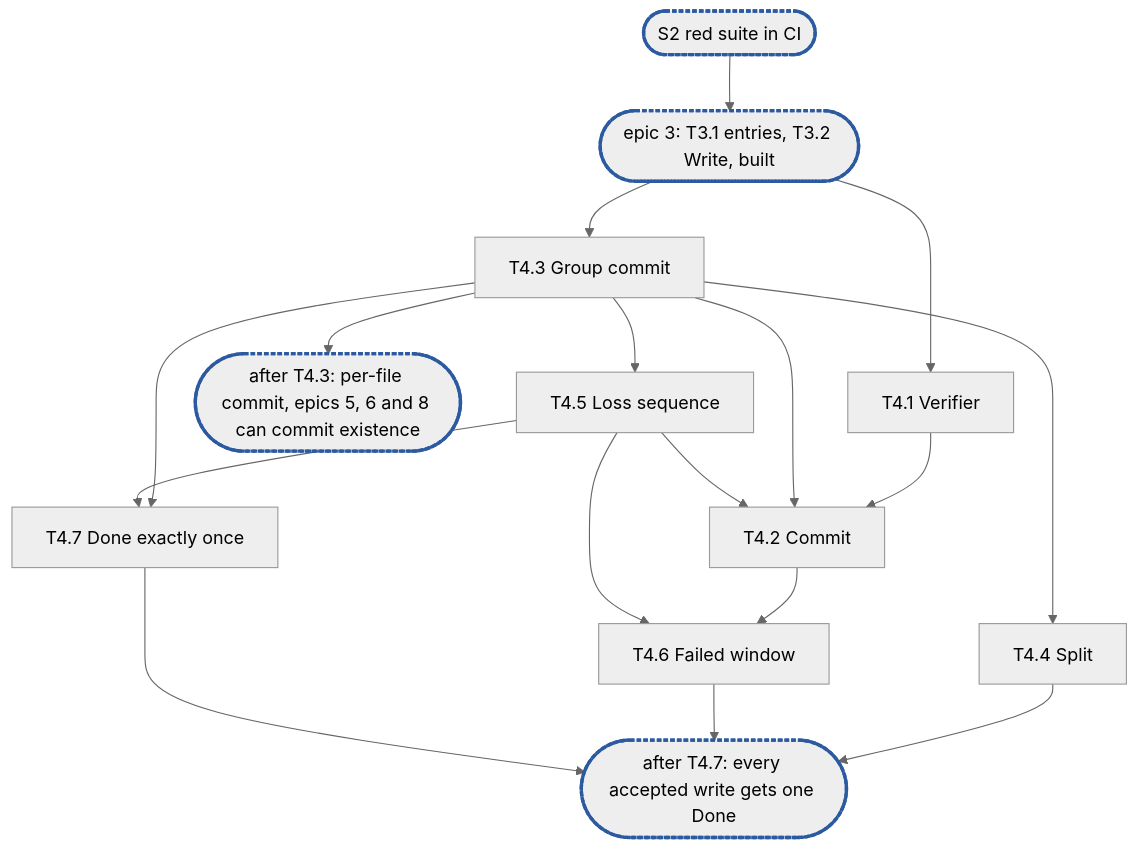
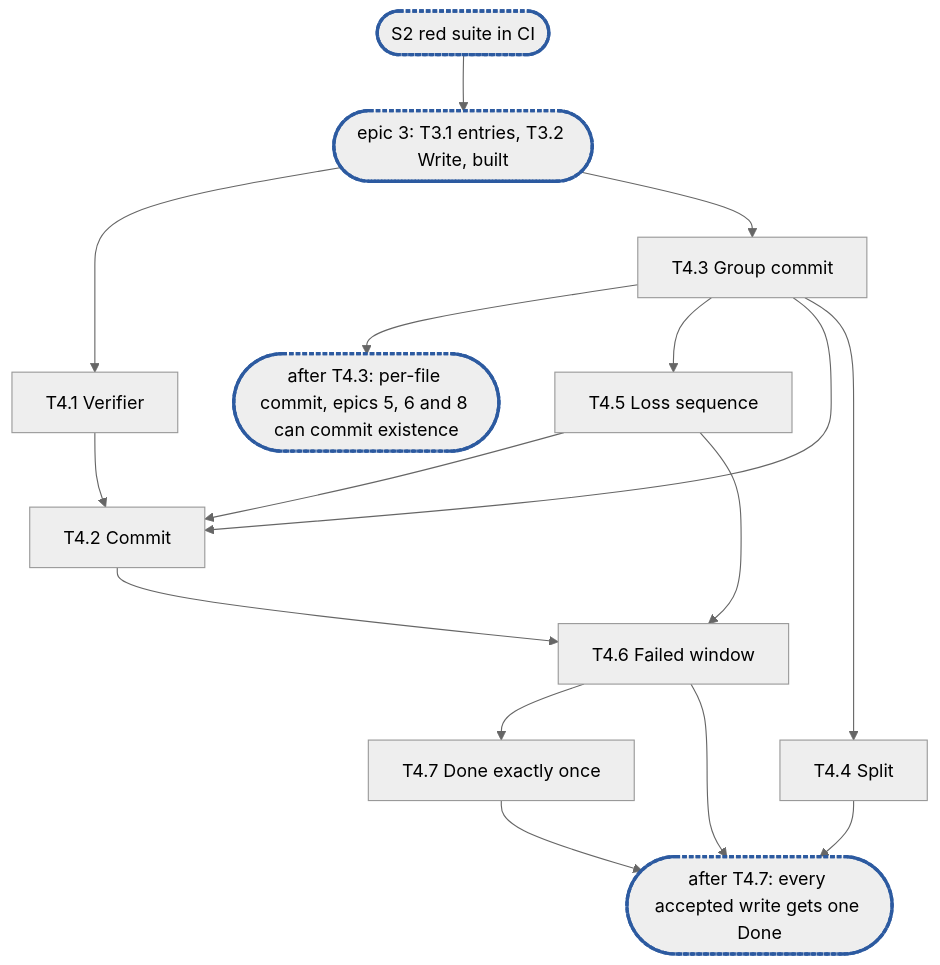
One commit to marmos91/dittofs changed the diagram in docs/internals/planning/rfc-8-engine-epic4.md. Above: the diagram before and after it, drawn with Mermaid (neutral theme). The commit also changed other lines of this file, not shown here.

````diff
--- a/docs/internals/planning/rfc-8-engine-epic4.md
+++ b/docs/internals/planning/rfc-8-engine-epic4.md
@@ -611,14 +642,14 @@
 ```mermaid
 flowchart TD
   S2(["S2 red suite in CI"]):::sync --> E3(["epic 3: T3.1 entries, T3.2 Write, built"]):::sync
   E3 --> T4_1["T4.1 Verifier"]
   E3 --> T4_3["T4.3 Group commit"]
   T4_3 --> C1(["after T4.3: per-file commit, epics 5, 6 and 8 can commit existence"]):::sync
   T4_3 --> T4_5["T4.5 Loss sequence"]
   T4_1 & T4_3 & T4_5 --> T4_2["T4.2 Commit"]
   T4_3 --> T4_4["T4.4 Split"]
   T4_2 & T4_5 --> T4_6["T4.6 Failed window"]
-  T4_3 & T4_5 --> T4_7["T4.7 Done exactly once"]
+  T4_6 --> T4_7["T4.7 Done exactly once"]
   T4_4 & T4_6 & T4_7 --> C2(["after T4.7: every accepted write gets one Done"]):::sync
   classDef sync stroke:#2c5aa0,stroke-width:3px,stroke-dasharray:4 2
 ```
````
